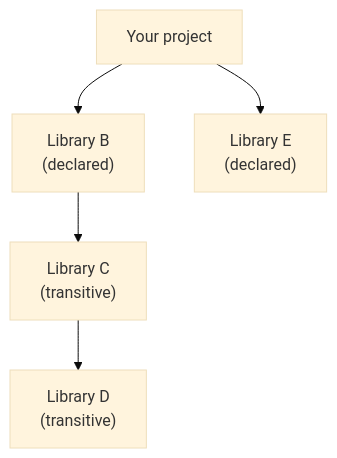
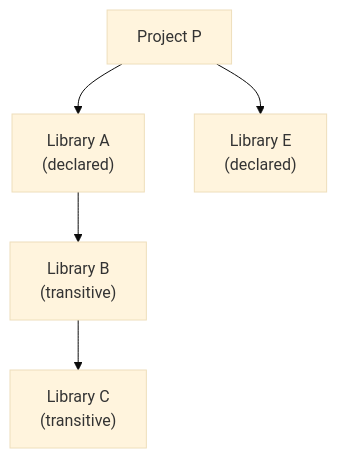
The first of 2 diagrams in docs/concepts/dependency-mechanism.md (support-and-care/doc-for-maven), drawn with Mermaid (base theme) before and after one commit. The commit also changed other lines of this file and 2 other files, not shown here.

````diff
--- a/docs/concepts/dependency-mechanism.md
+++ b/docs/concepts/dependency-mechanism.md
@@ -43,7 +49,7 @@
 ``` mermaid
 graph TD
-  A["Your project"] --> B["Library B<br/>(declared)"]
+  P["Project P"] --> A["Library A<br/>(declared)"]
+  A --> B["Library B<br/>(transitive)"]
   B --> C["Library C<br/>(transitive)"]
-  C --> D["Library D<br/>(transitive)"]
-  A --> E["Library E<br/>(declared)"]
+  P --> E["Library E<br/>(declared)"]
 ```
````
